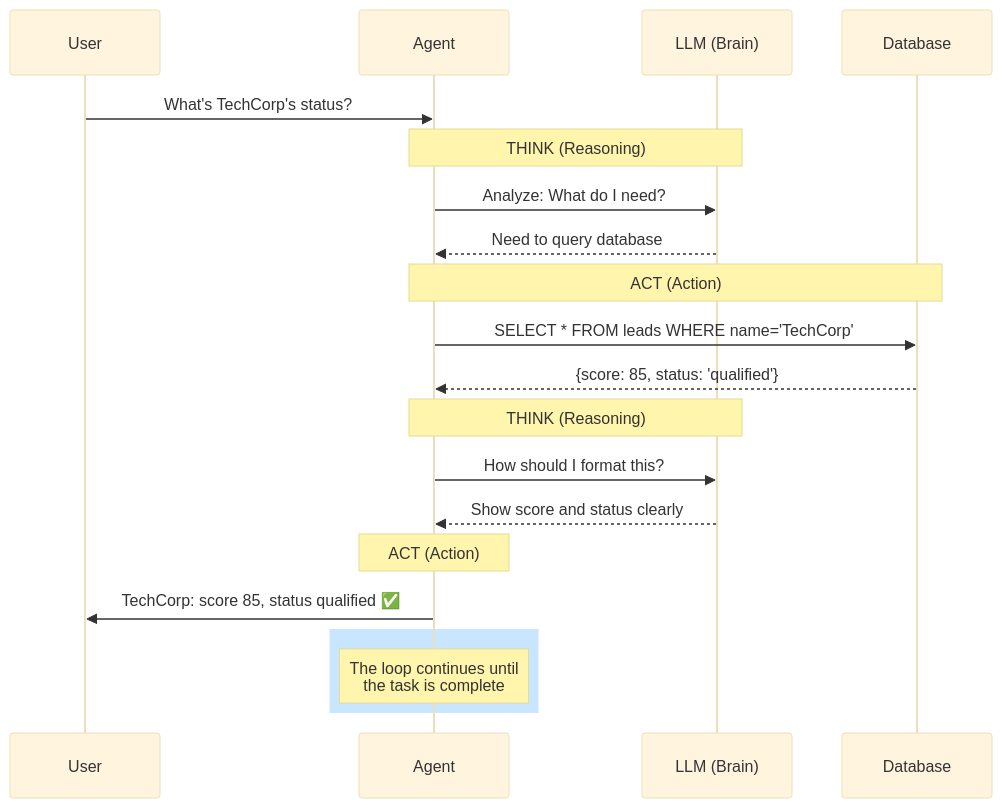
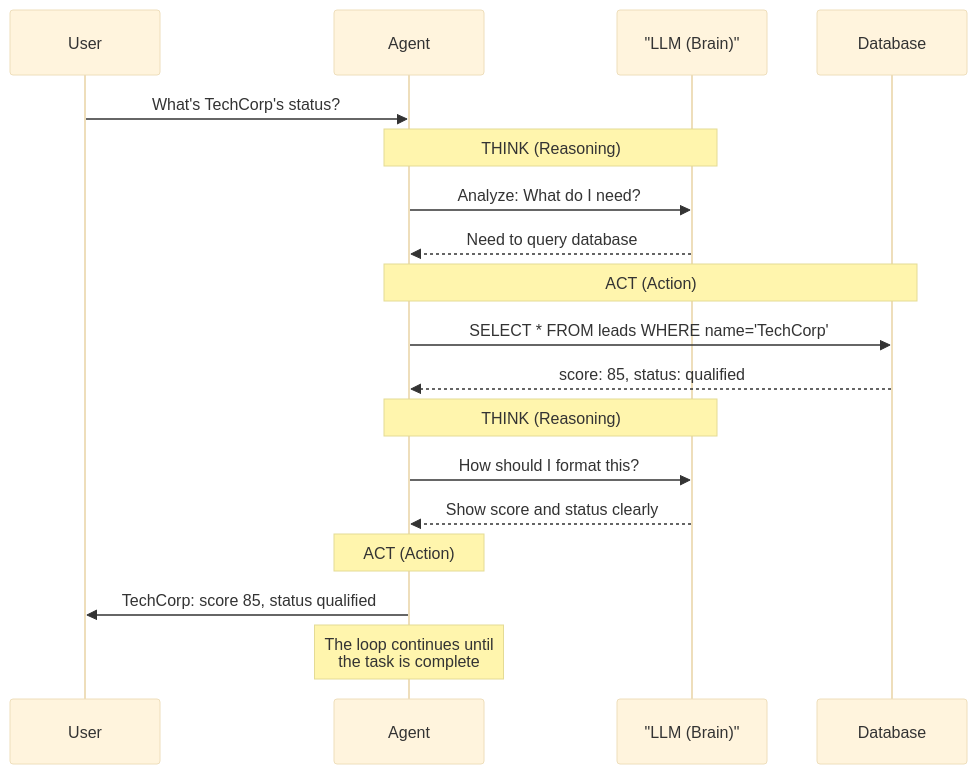
One commit to AliMehdii/Jedha-use-case changed the second of 2 diagrams in Instructional-Design-Challenge/Day-01_From-Chatbot-to-Agent/00-Lectures/01-What-Is-An-Agent.md. Above: the diagram before and after it, drawn with Mermaid (base theme). The commit also changed other lines of this file and 9 other files, not shown here.

Commit message:
Refine instructional materials for AI agents: updated diagrams for chatbot vs. agent flows, improved state representation in exercises, and enhanced error handling visuals. Adjusted terminology for clarity and consistency across all lecture and exercise files.

````diff
--- a/Instructional-Design-Challenge/Day-01_From-Chatbot-to-Agent/00-Lectures/01-What-Is-An-Agent.md
+++ b/Instructional-Design-Challenge/Day-01_From-Chatbot-to-Agent/00-Lectures/01-What-Is-An-Agent.md
@@ -65,28 +65,26 @@
 ```mermaid
 sequenceDiagram
     participant User
     participant Agent
-    participant LLM as LLM (Brain)
+    participant LLM as "LLM (Brain)"
     participant DB as Database
     
     User->>Agent: What's TechCorp's status?
     
     Note over Agent,LLM: THINK (Reasoning)
     Agent->>LLM: Analyze: What do I need?
     LLM-->>Agent: Need to query database
     
     Note over Agent,DB: ACT (Action)
     Agent->>DB: SELECT * FROM leads WHERE name='TechCorp'
-    DB-->>Agent: {score: 85, status: 'qualified'}
+    DB-->>Agent: score: 85, status: qualified
     
     Note over Agent,LLM: THINK (Reasoning)
     Agent->>LLM: How should I format this?
     LLM-->>Agent: Show score and status clearly
     
     Note over Agent: ACT (Action)
-    Agent->>User: TechCorp: score 85, status qualified ✅
+    Agent->>User: TechCorp: score 85, status qualified
     
-    rect rgb(200, 230, 255)
-        Note over Agent: The loop continues until<br/>the task is complete
-    end
+    Note over Agent: The loop continues until<br/>the task is complete
 ```
````
